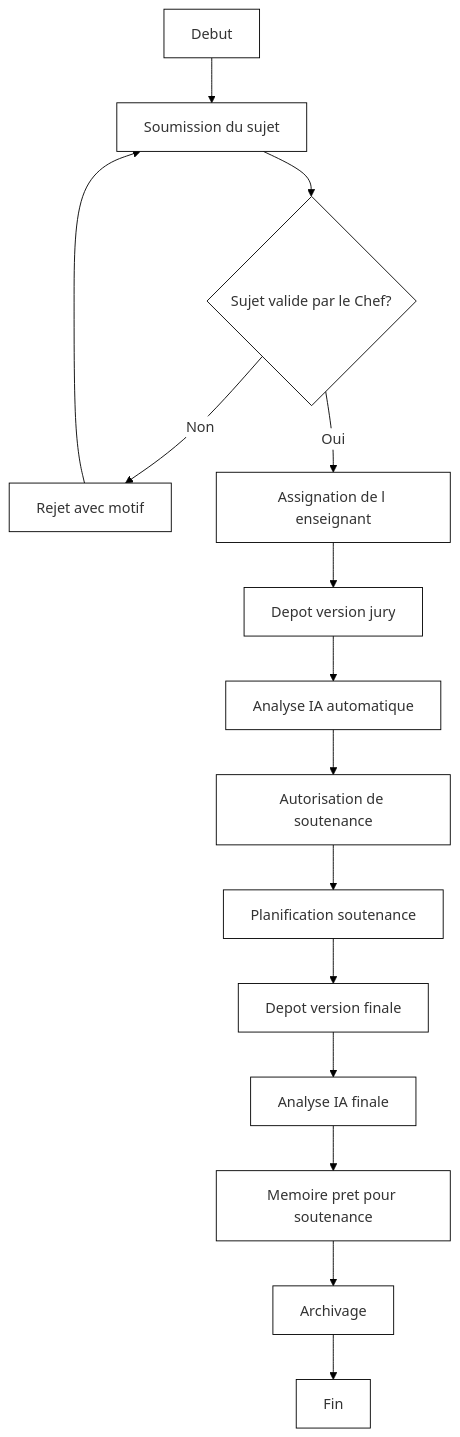
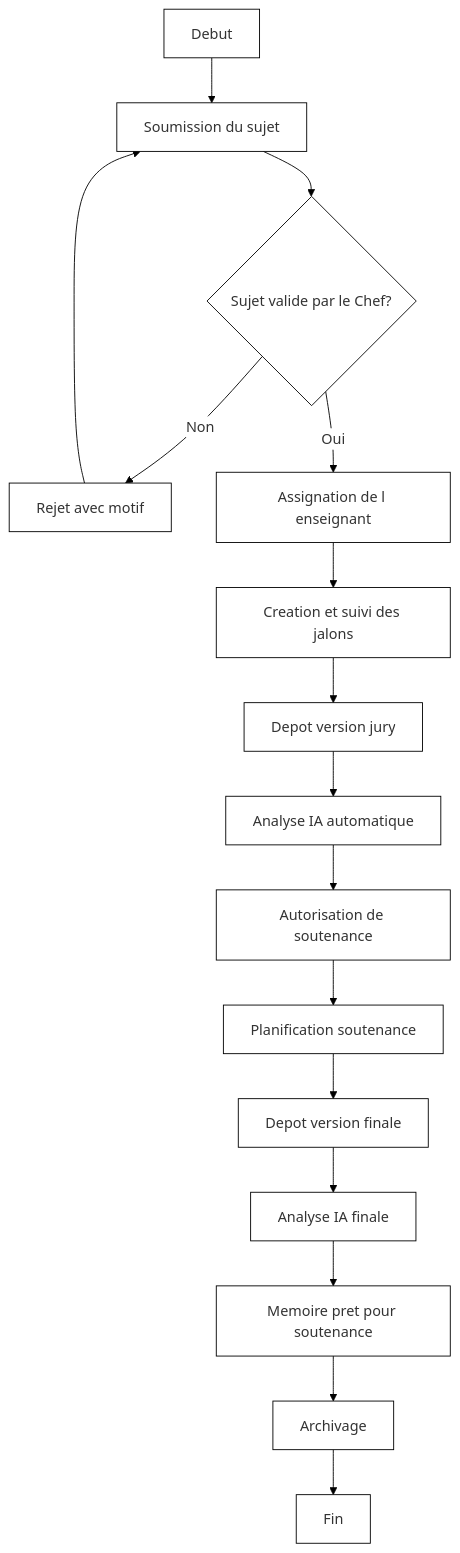
One commit to DavidMwangaza/TFC-Manager changed diagram 12 of 13 in DIAGRAMMES-PAR-CHAPITRE-NB.md. Above: the diagram before and after it, drawn with Mermaid. The commit also changed other lines of this file and 42 other files, not shown here.

````diff
--- a/DIAGRAMMES-PAR-CHAPITRE-NB.md
+++ b/DIAGRAMMES-PAR-CHAPITRE-NB.md
@@ -389,18 +417,19 @@
 ```mermaid
 %%{init: {'theme':'base','themeVariables': {'background':'#ffffff','primaryColor':'#ffffff','primaryBorderColor':'#000000','lineColor':'#000000','textColor':'#000000'}}}%%
 graph TD
     A[Debut] --> B[Soumission du sujet]
     B --> C{Sujet valide par le Chef?}
     C -->|Non| D[Rejet avec motif]
     D --> B
     C -->|Oui| E[Assignation de l enseignant]
-    E --> F[Depot version jury]
+    E --> E2[Creation et suivi des jalons]
+    E2 --> F[Depot version jury]
     F --> G[Analyse IA automatique]
     G --> H[Autorisation de soutenance]
     H --> I[Planification soutenance]
     I --> J[Depot version finale]
     J --> K[Analyse IA finale]
     K --> L[Memoire pret pour soutenance]
     L --> M[Archivage]
     M --> N[Fin]
 ```
````
